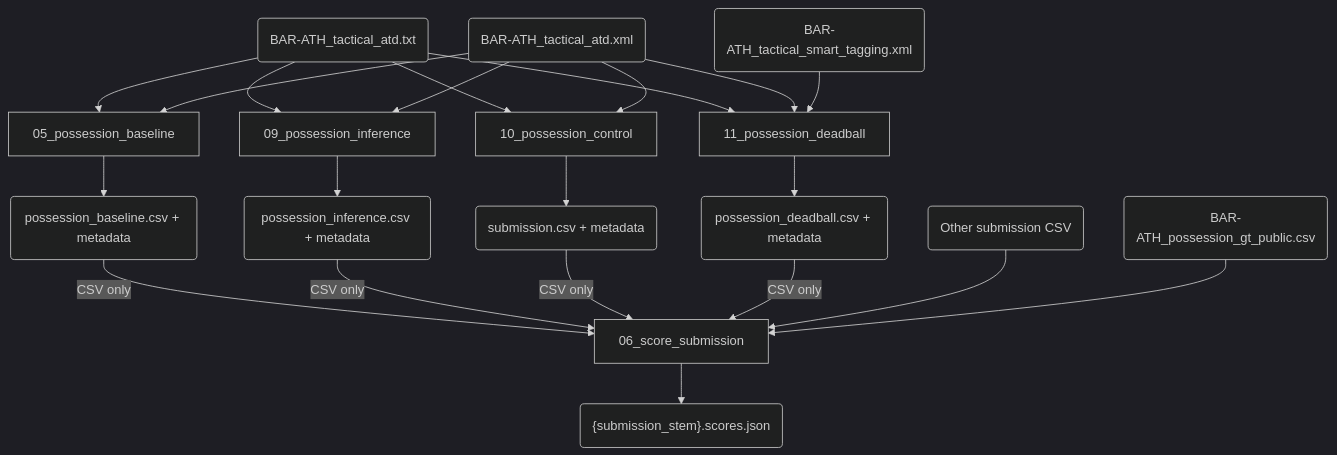
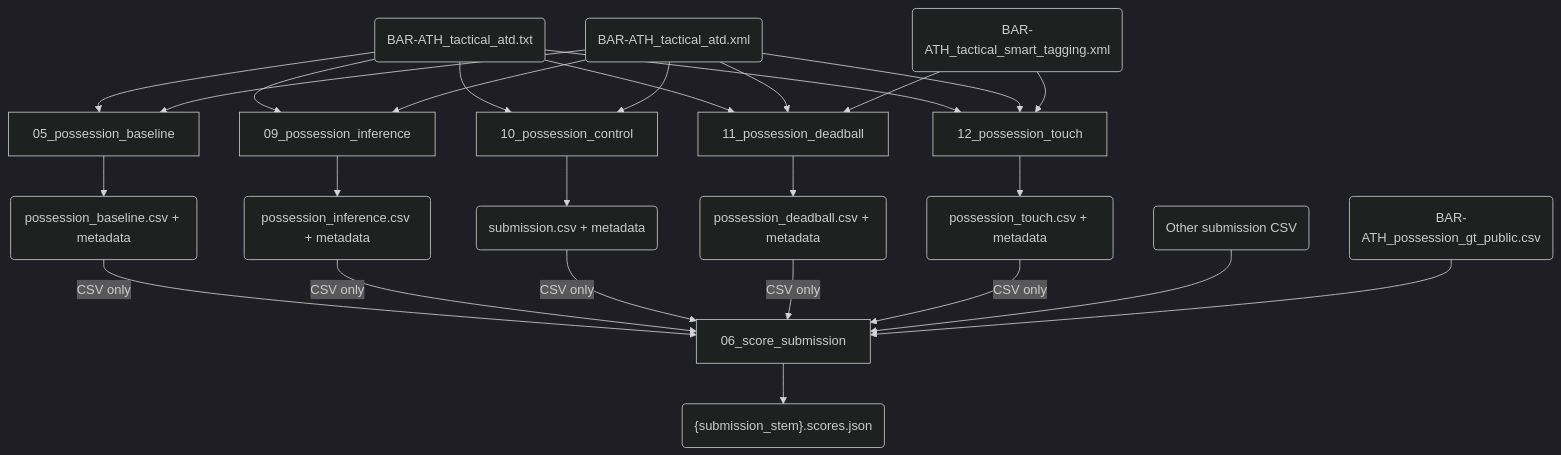
Before and after one commit to stanleyyoga123/solution-more-than-a-hack-2027: the second of 2 diagrams in README.md, drawn with Mermaid (dark theme). The commit also changed other lines of this file and 1 other file, not shown here.

Commit message:
Add step 12 to the pipeline index and diagram

````diff
--- a/README.md
+++ b/README.md
@@ -119,35 +119,39 @@
 ```mermaid
 flowchart TD
     atd("BAR-ATH_tactical_atd.txt")
     xml("BAR-ATH_tactical_atd.xml")
     tags("BAR-ATH_tactical_smart_tagging.xml")
     truth("BAR-ATH_possession_gt_public.csv")
     other("Other submission CSV")
 
     p05["05_possession_baseline"]
     p09["09_possession_inference"]
     p10["10_possession_control"]
     p11["11_possession_deadball"]
+    p12["12_possession_touch"]
     p06["06_score_submission"]
 
     baseline("possession_baseline.csv + metadata")
     inference("possession_inference.csv + metadata")
     control("submission.csv + metadata")
     deadball("possession_deadball.csv + metadata")
+    touch("possession_touch.csv + metadata")
     scores("{submission_stem}.scores.json")
 
-    atd --> p05 & p09 & p10 & p11
-    xml --> p05 & p09 & p10 & p11
-    tags --> p11
+    atd --> p05 & p09 & p10 & p11 & p12
+    xml --> p05 & p09 & p10 & p11 & p12
+    tags --> p11 & p12
     p05 --> baseline
     p09 --> inference
     p10 --> control
     p11 --> deadball
+    p12 --> touch
     baseline -->|"CSV only"| p06
     inference -->|"CSV only"| p06
     control -->|"CSV only"| p06
     deadball -->|"CSV only"| p06
+    touch -->|"CSV only"| p06
     other --> p06
     truth --> p06
     p06 --> scores
 ```
````
